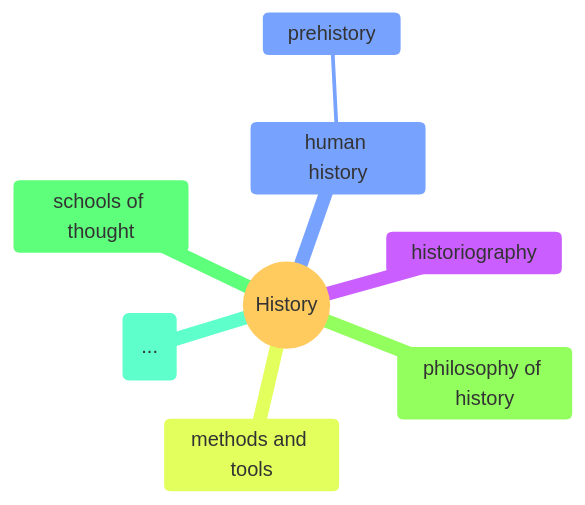
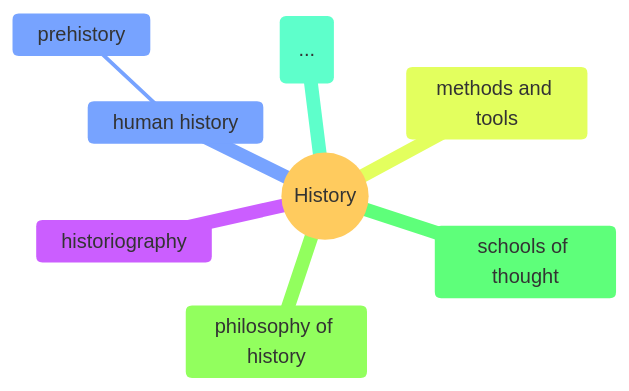
Diagram 12 of 18 in docs/full_taxonomy.md (nimbinatus/taxonomy), drawn with Mermaid before and after one commit. The commit also changed other lines of this file, not shown here.

````diff
--- a/docs/full_taxonomy.md
+++ b/docs/full_taxonomy.md
@@ -508,20 +551,20 @@
 ```mermaid
 ---
 title: History
 config:
     fontSize: 8
     theme: base
     mindmap:
-        maxNodeWidth: 100
+        maxNodeWidth: 105
 ---
 mindmap
     root((History))
         historiography
         human history
             prehistory
             
         methods and tools
         philosophy of history
         schools of thought
         id(...)
 ```
````
